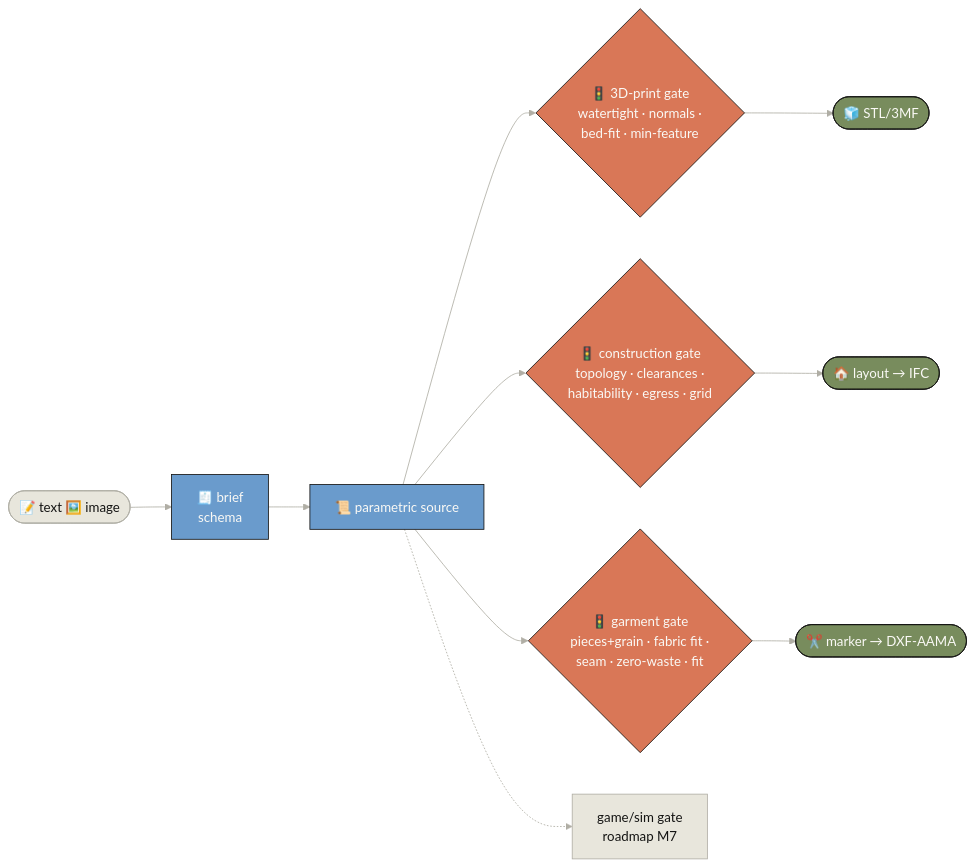
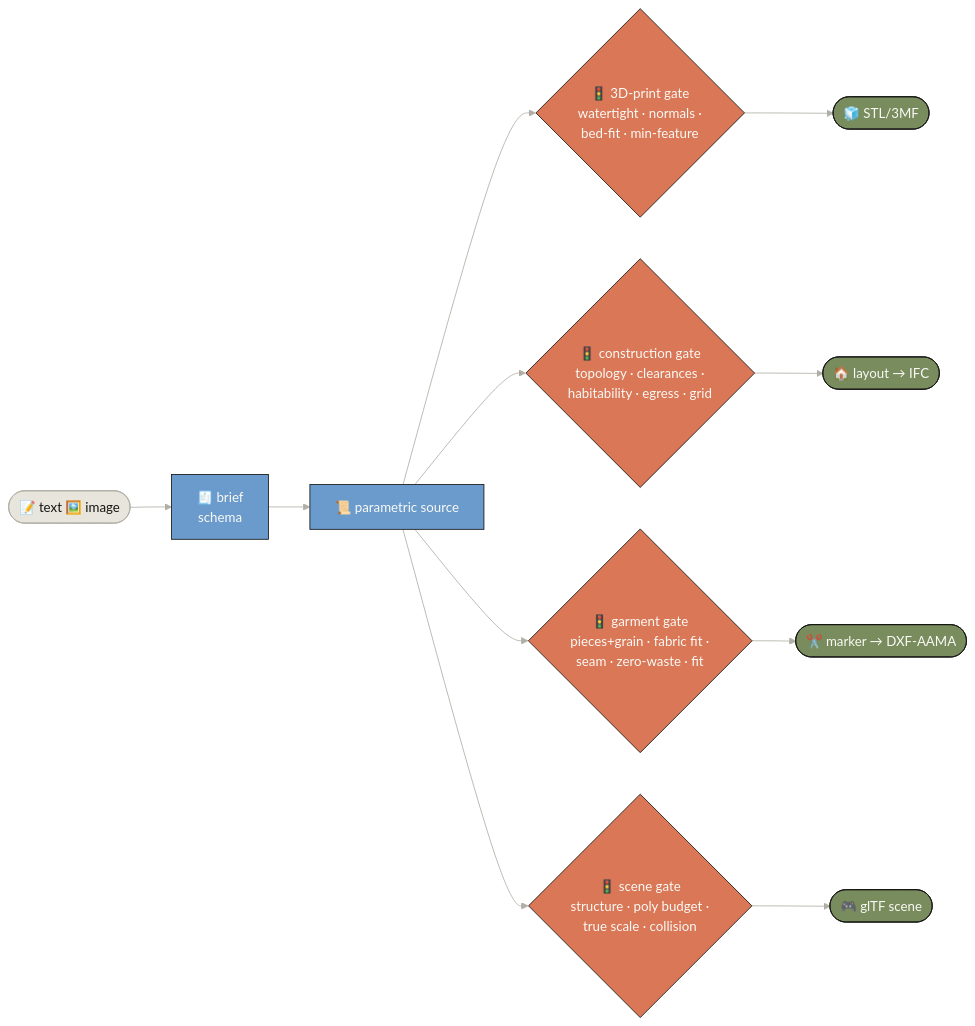
One commit to wjlgatech/design-anything changed the second of 6 diagrams in README.md. Above: the diagram before and after it, drawn with Mermaid. The commit also changed other lines of this file and 16 other files, not shown here.

First line of the commit message:
v0.8.0 — scene gate: every pipeline route is now verifiable (GOAL.md M7)

````diff
--- a/README.md
+++ b/README.md
@@ -77,18 +78,19 @@
 ```mermaid
 %%{init: {'theme':'base','themeVariables':{'primaryColor':'#e8e6dc','primaryTextColor':'#141413','primaryBorderColor':'#b0aea5','lineColor':'#b0aea5','secondaryColor':'#faf9f5','tertiaryColor':'#faf9f5','fontFamily':'Poppins, ui-sans-serif, system-ui, -apple-system, Arial, sans-serif'}}}%%
 flowchart LR
     classDef anthroOrange fill:#d97757,color:#faf9f5,stroke:#141413;
     classDef anthroBlue fill:#6a9bcc,color:#faf9f5,stroke:#141413;
     classDef anthroGreen fill:#788c5d,color:#faf9f5,stroke:#141413;
     IN([📝 text 🖼️ image]) --> BRIEF[🧾 brief<br/>schema] --> SRC[📜 parametric source]
     SRC --> G1{🚦 3D-print gate<br/>watertight · normals ·<br/>bed-fit · min-feature}
     SRC --> G2{🚦 construction gate<br/>topology · clearances ·<br/>habitability · egress · grid}
     SRC --> G3{🚦 garment gate<br/>pieces+grain · fabric fit ·<br/>seam · zero-waste · fit}
-    SRC -.-> G4[game/sim gate<br/>roadmap M7]
+    SRC --> G4{🚦 scene gate<br/>structure · poly budget ·<br/>true scale · collision}
     G1 --> STL([🧊 STL/3MF])
     G2 --> IFC([🏠 layout → IFC])
     G3 --> DXF([✂️ marker → DXF-AAMA])
-    class G1,G2,G3 anthroOrange
+    G4 --> GLB([🎮 glTF scene])
+    class G1,G2,G3,G4 anthroOrange
     class SRC,BRIEF anthroBlue
-    class STL,IFC,DXF anthroGreen
+    class STL,IFC,DXF,GLB anthroGreen
 ```
````
